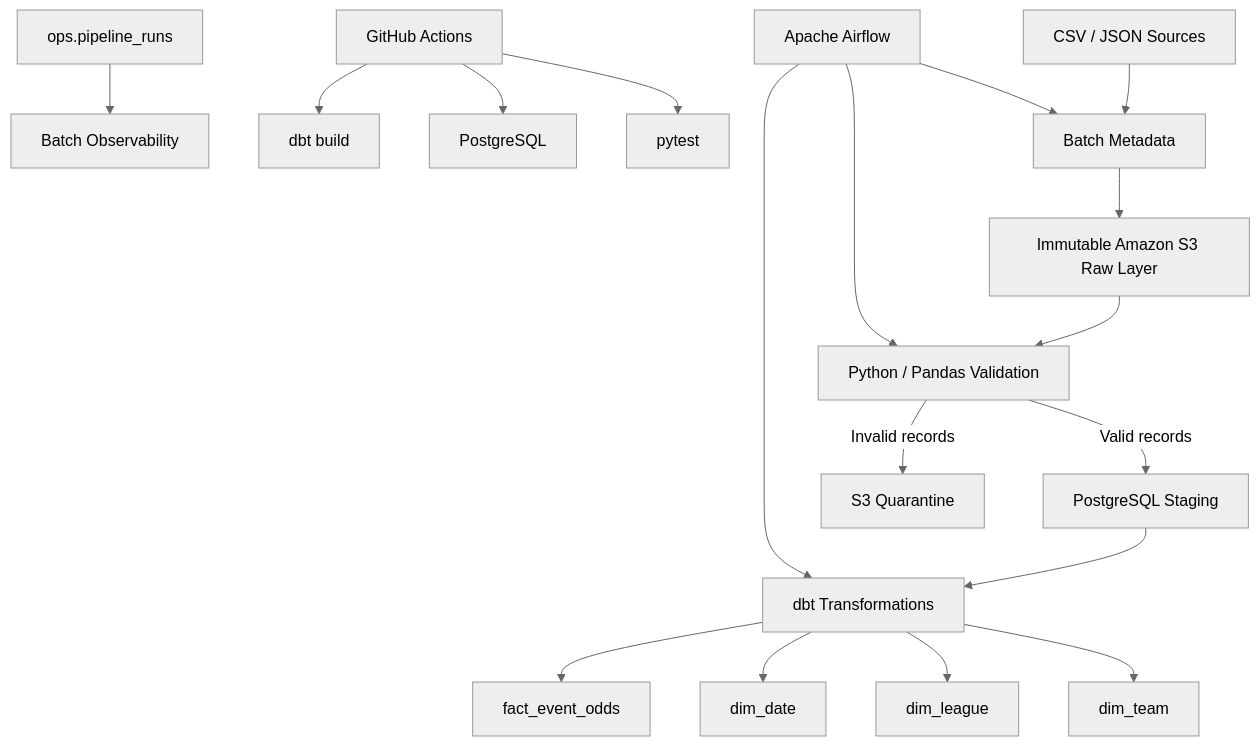
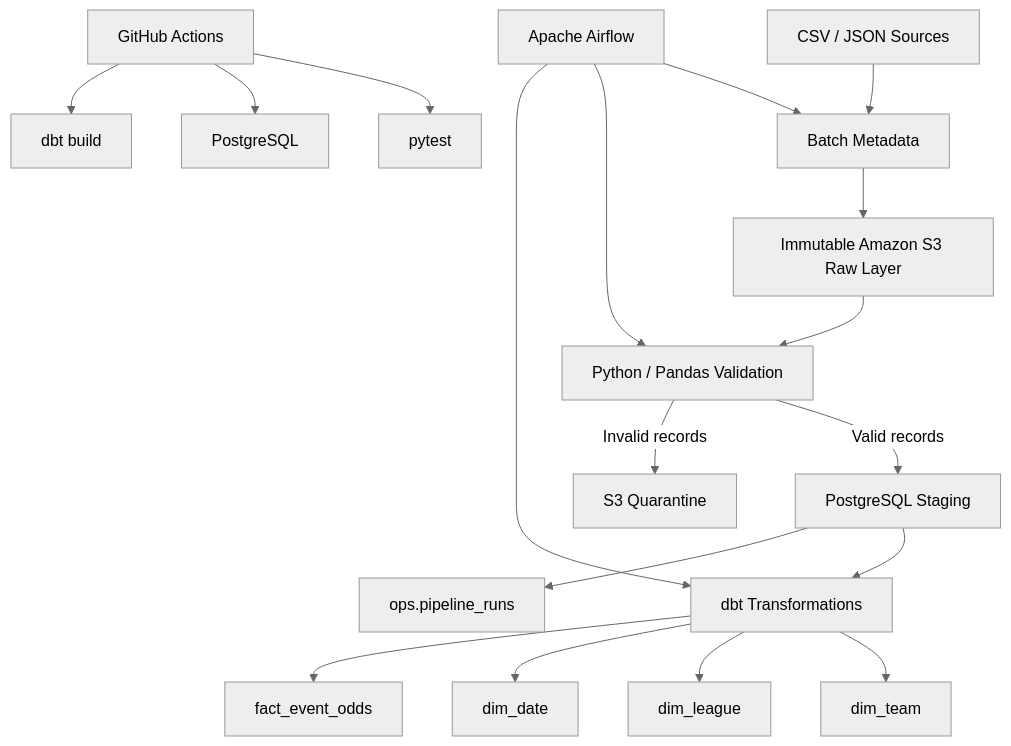
One commit to Kutaba-Victor-30127/sports-data-engineering-pipeline changed the first of 2 diagrams in README.md. Above: the diagram before and after it, drawn with Mermaid (neutral theme). The commit also changed other lines of this file and 1 other file, not shown here.

````diff
--- a/README.md
+++ b/README.md
@@ -11,27 +11,27 @@
 ```mermaid
 flowchart TD
     A[CSV / JSON Sources] --> B[Batch Metadata]
     B --> C[Immutable Amazon S3 Raw Layer]
 
     C --> D[Python / Pandas Validation]
 
     D -->|Valid records| E[PostgreSQL Staging]
     D -->|Invalid records| Q[S3 Quarantine]
 
     E --> F[dbt Transformations]
 
     F --> G[dim_team]
     F --> H[dim_league]
     F --> I[dim_date]
     F --> J[fact_event_odds]
 
-    K[ops.pipeline_runs] --> L[Batch Observability]
+    E --> K[ops.pipeline_runs]
 
-    M[Apache Airflow] --> B
-    M --> D
-    M --> F
+    L[Apache Airflow] --> B
+    L --> D
+    L --> F
 
-    N[GitHub Actions] --> O[pytest]
-    N --> P[PostgreSQL]
-    N --> R[dbt build]
+    M[GitHub Actions] --> N[pytest]
+    M --> O[PostgreSQL]
+    M --> P[dbt build]
 ```
````
